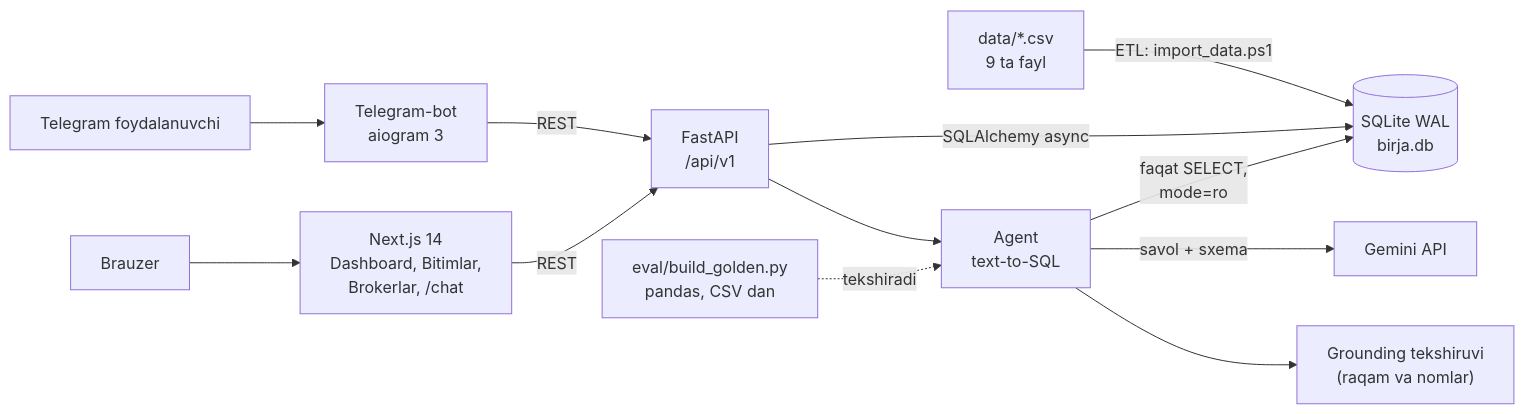
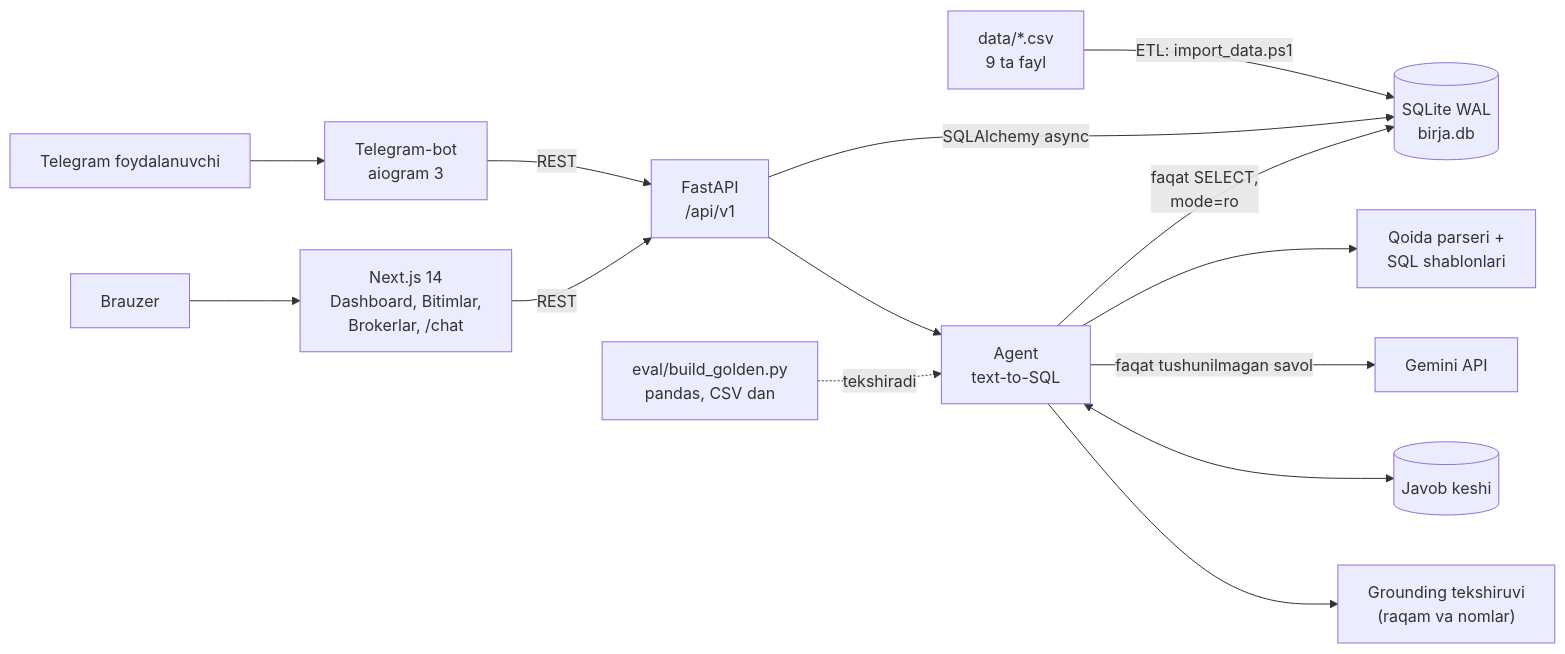
Before and after one commit to devAsliddin/uzex-birja-ai-agent: the diagram in README.md, drawn with Mermaid. The commit also changed other lines of this file and 3 other files, not shown here.

````diff
--- a/README.md
+++ b/README.md
@@ -30,14 +41,16 @@
 ```mermaid
 flowchart LR
     CSV["data/*.csv<br/>9 ta fayl"] -->|ETL: import_data.ps1| DB[("SQLite WAL<br/>birja.db")]
     U1["Telegram foydalanuvchi"] --> BOT["Telegram-bot<br/>aiogram 3"]
     U2["Brauzer"] --> FE["Next.js 14<br/>Dashboard, Bitimlar,<br/>Brokerlar, /chat"]
     BOT -->|REST| API["FastAPI<br/>/api/v1"]
     FE -->|REST| API
     API -->|SQLAlchemy async| DB
     API --> AG["Agent<br/>text-to-SQL"]
-    AG -->|savol + sxema| LLM["Gemini API"]
+    AG --> RU["Qoida parseri +<br/>SQL shablonlari"]
+    AG -->|faqat tushunilmagan savol| LLM["Gemini API"]
+    AG <--> CACHE[("Javob keshi")]
     AG -->|"faqat SELECT,<br/>mode=ro"| DB
     AG --> GR["Grounding tekshiruvi<br/>(raqam va nomlar)"]
     GOLD["eval/build_golden.py<br/>pandas, CSV dan"] -.->|tekshiradi| AG
 ```
````
